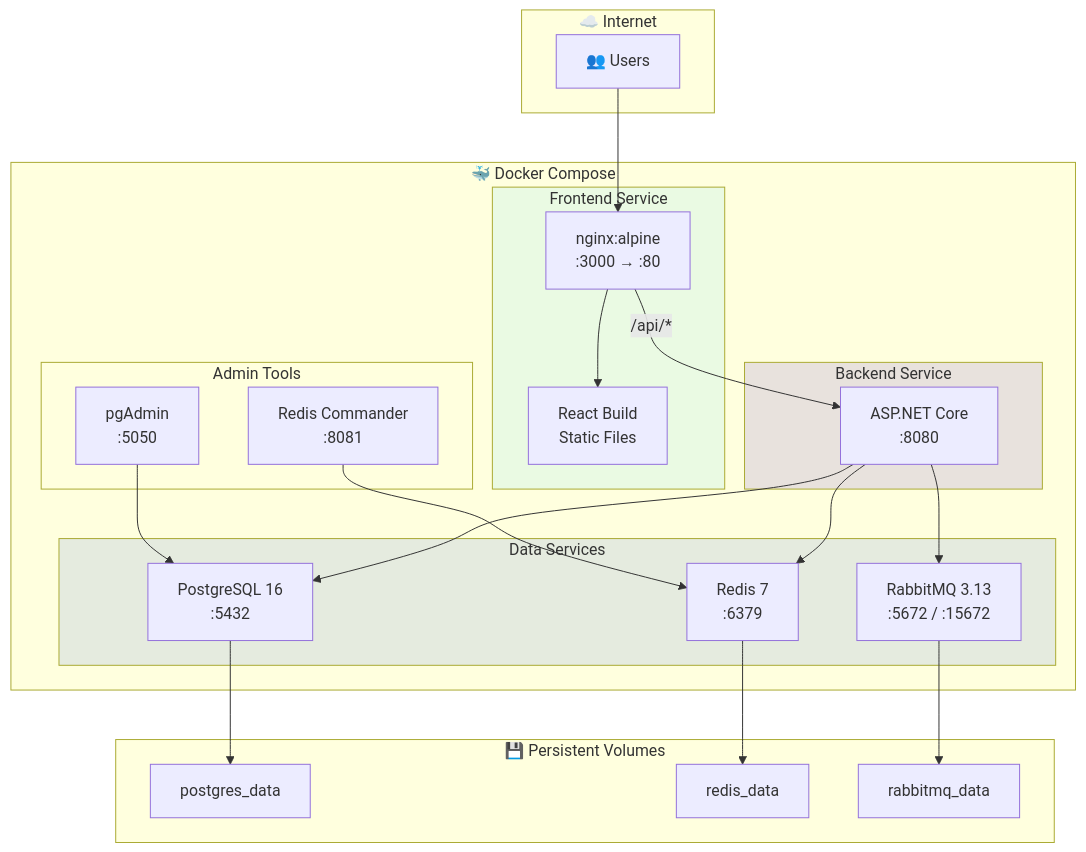
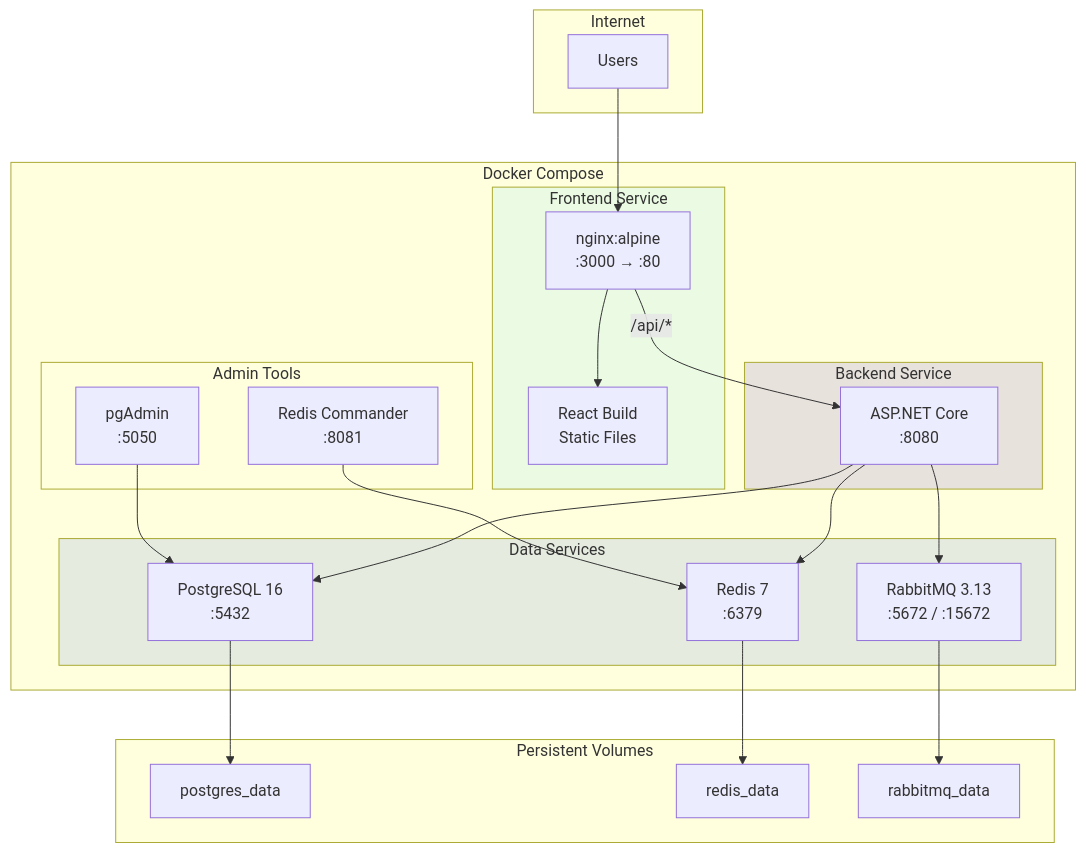
The fifth of 6 diagrams in README.md (blanho/fintech-modular-platform), drawn with Mermaid before and after one commit. The commit also changed other lines of this file, not shown here.

````diff
--- a/README.md
+++ b/README.md
@@ -226,53 +226,53 @@
 ```mermaid
 graph TB
-    subgraph Internet["☁️ Internet"]
-        Users["👥 Users"]
+    subgraph Internet["Internet"]
+        Users["Users"]
     end
 
-    subgraph Docker["🐳 Docker Compose"]
+    subgraph Docker["Docker Compose"]
         subgraph Frontend["Frontend Service"]
             Nginx["nginx:alpine<br/>:3000 → :80"]
             React["React Build<br/>Static Files"]
         end
 
         subgraph Backend["Backend Service"]
             API["ASP.NET Core<br/>:8080"]
         end
 
         subgraph Data["Data Services"]
             PG["PostgreSQL 16<br/>:5432"]
             RD["Redis 7<br/>:6379"]
             RMQ["RabbitMQ 3.13<br/>:5672 / :15672"]
         end
 
         subgraph Admin["Admin Tools"]
             PGA["pgAdmin<br/>:5050"]
             RDC["Redis Commander<br/>:8081"]
         end
     end
 
-    subgraph Volumes["💾 Persistent Volumes"]
+    subgraph Volumes["Persistent Volumes"]
         PGV["postgres_data"]
         RDV["redis_data"]
         RMQV["rabbitmq_data"]
     end
 
     Users --> Nginx
     Nginx --> React
     Nginx -->|/api/*| API
     
     API --> PG
     API --> RD
     API --> RMQ
     
     PGA --> PG
     RDC --> RD
     
     PG --> PGV
     RD --> RDV
     RMQ --> RMQV
 
     style Frontend fill:#61dafb22
     style Backend fill:#512bd422
     style Data fill:#4169e122
 ```
````
